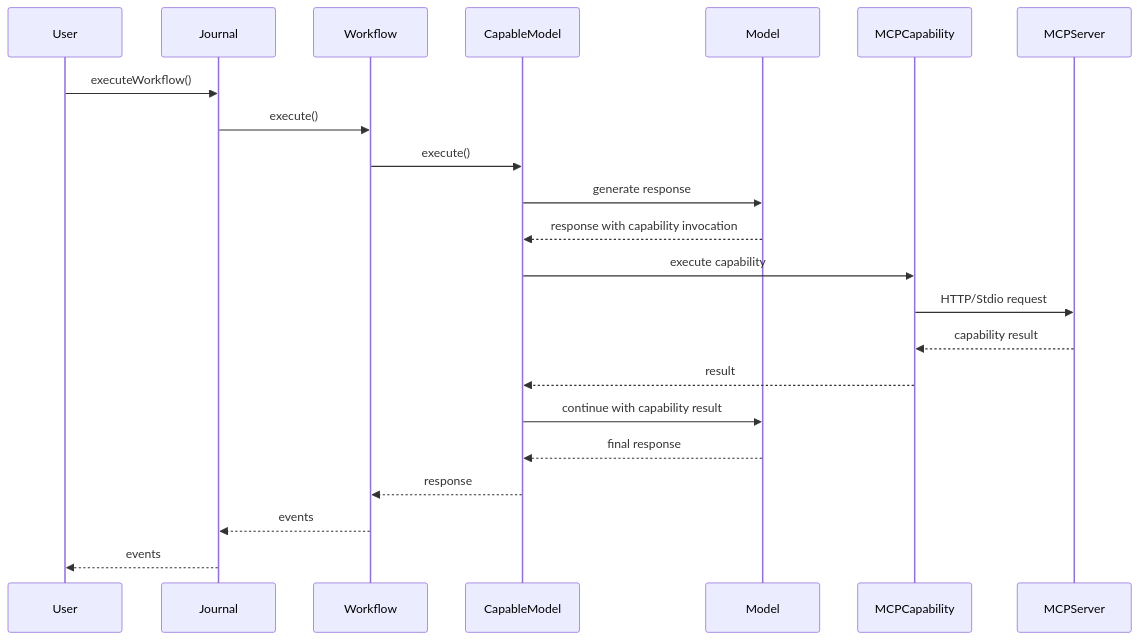
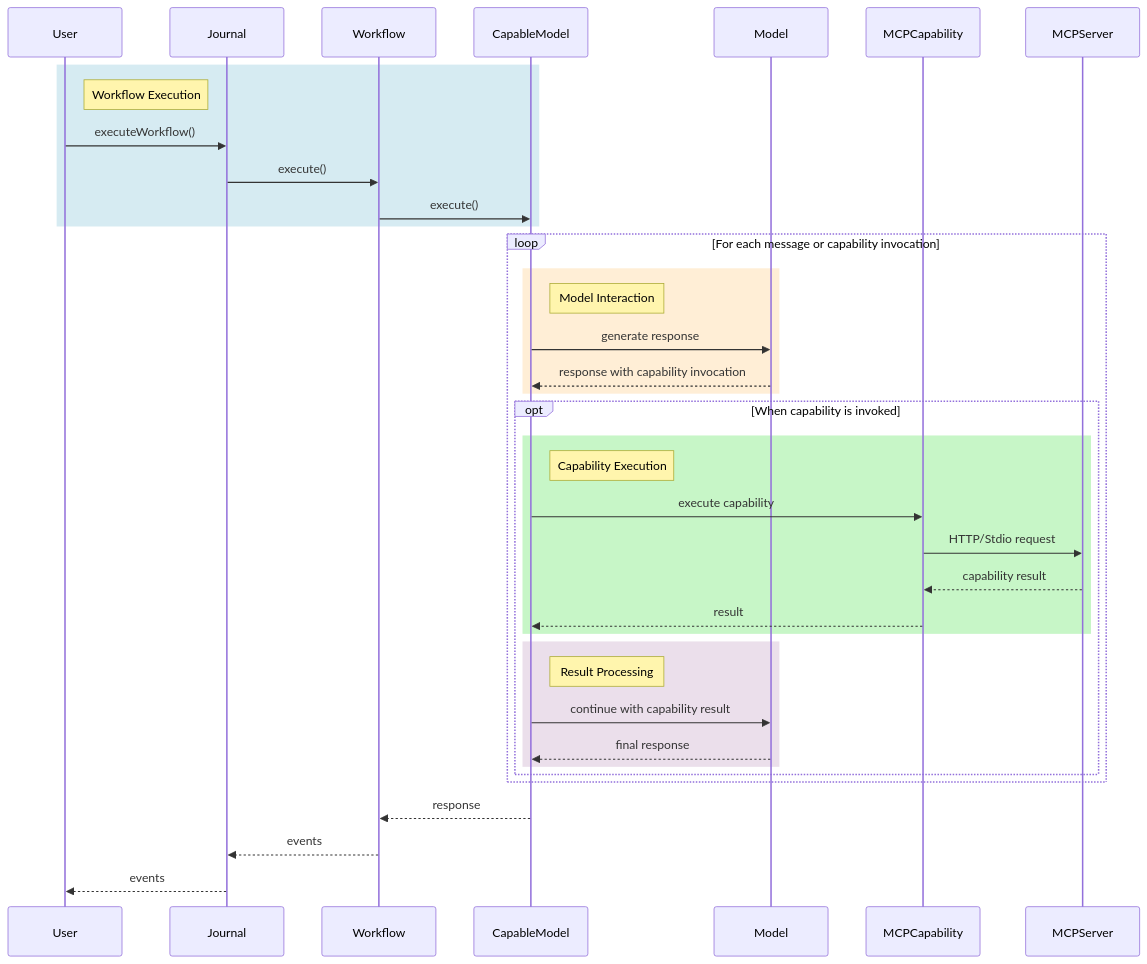
Before and after one commit to liamzdenek/ferment-ai: the seventh of 8 diagrams in README.md, drawn with Mermaid. The commit also changed other lines of this file and 3 other files, not shown here.

````diff
--- a/README.md
+++ b/README.md
@@ -127,29 +267,45 @@
 ```mermaid
 sequenceDiagram
     participant User
     participant Journal
     participant Workflow
     participant CapableModel
     participant Model
     participant MCPCapability
     participant MCPServer
     
+    rect rgba(173, 216, 230, 0.5)
+    note right of User: Workflow Execution
     User->>Journal: executeWorkflow()
     Journal->>Workflow: execute()
     Workflow->>CapableModel: execute()
+    end
     
-    CapableModel->>Model: generate response
-    Model-->>CapableModel: response with capability invocation
-    
-    CapableModel->>MCPCapability: execute capability
-    MCPCapability->>MCPServer: HTTP/Stdio request
-    MCPServer-->>MCPCapability: capability result
-    MCPCapability-->>CapableModel: result
-    
-    CapableModel->>Model: continue with capability result
-    Model-->>CapableModel: final response
+    loop For each message or capability invocation
+        rect rgba(255, 222, 173, 0.5)
+        note right of CapableModel: Model Interaction
+        CapableModel->>Model: generate response
+        Model-->>CapableModel: response with capability invocation
+        end
+        
+        opt When capability is invoked
+            rect rgba(144, 238, 144, 0.5)
+            note right of CapableModel: Capability Execution
+            CapableModel->>MCPCapability: execute capability
+            MCPCapability->>MCPServer: HTTP/Stdio request
+            MCPServer-->>MCPCapability: capability result
+            MCPCapability-->>CapableModel: result
+            end
+            
+            rect rgba(216, 191, 216, 0.5)
+            note right of CapableModel: Result Processing
+            CapableModel->>Model: continue with capability result
+            Model-->>CapableModel: final response
+            end
+        end
+    end
     
     CapableModel-->>Workflow: response
     Workflow-->>Journal: events
     Journal-->>User: events
 ```
````
